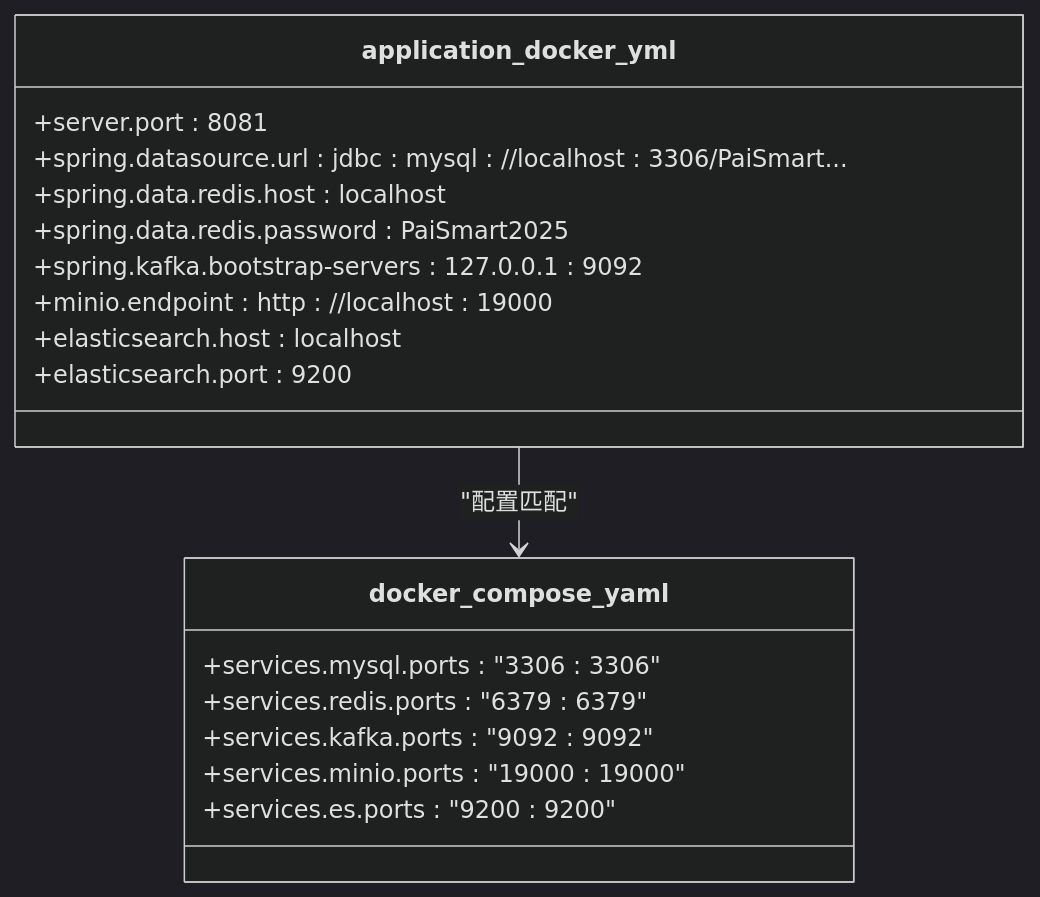
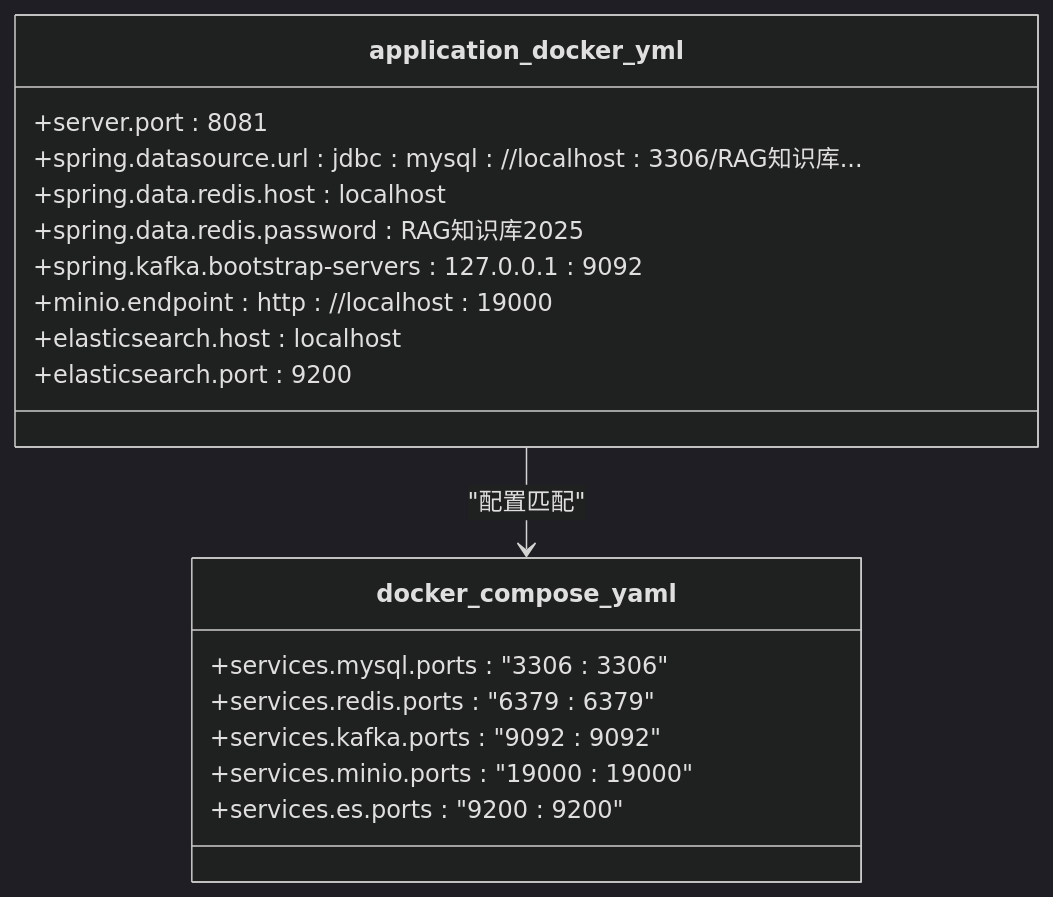
One commit to yztdev/RAG changed the fourth of 5 diagrams in .qoder/repowiki/zh/content/部署指南/容器化部署/Docker Compose 编排/Docker Compose 编排.md. Above: the diagram before and after it, drawn with Mermaid (dark theme). The commit also changed other lines of this file and 165 other files, not shown here.

````diff
--- a/.qoder/repowiki/zh/content/部署指南/容器化部署/Docker Compose 编排/Docker Compose 编排.md
+++ b/.qoder/repowiki/zh/content/部署指南/容器化部署/Docker Compose 编排/Docker Compose 编排.md
@@ -186,21 +186,21 @@
 ```mermaid
 classDiagram
 class application_docker_yml {
 +server.port : 8081
-+spring.datasource.url : jdbc : mysql : //localhost : 3306/PaiSmart...
++spring.datasource.url : jdbc : mysql : //localhost : 3306/RAG知识库...
 +spring.data.redis.host : localhost
-+spring.data.redis.password : PaiSmart2025
++spring.data.redis.password : RAG知识库2025
 +spring.kafka.bootstrap-servers : 127.0.0.1 : 9092
 +minio.endpoint : http : //localhost : 19000
 +elasticsearch.host : localhost
 +elasticsearch.port : 9200
 }
 class docker_compose_yaml {
 +services.mysql.ports : "3306 : 3306"
 +services.redis.ports : "6379 : 6379"
 +services.kafka.ports : "9092 : 9092"
 +services.minio.ports : "19000 : 19000"
 +services.es.ports : "9200 : 9200"
 }
 application_docker_yml --> docker_compose_yaml : "配置匹配"
 ```
````
